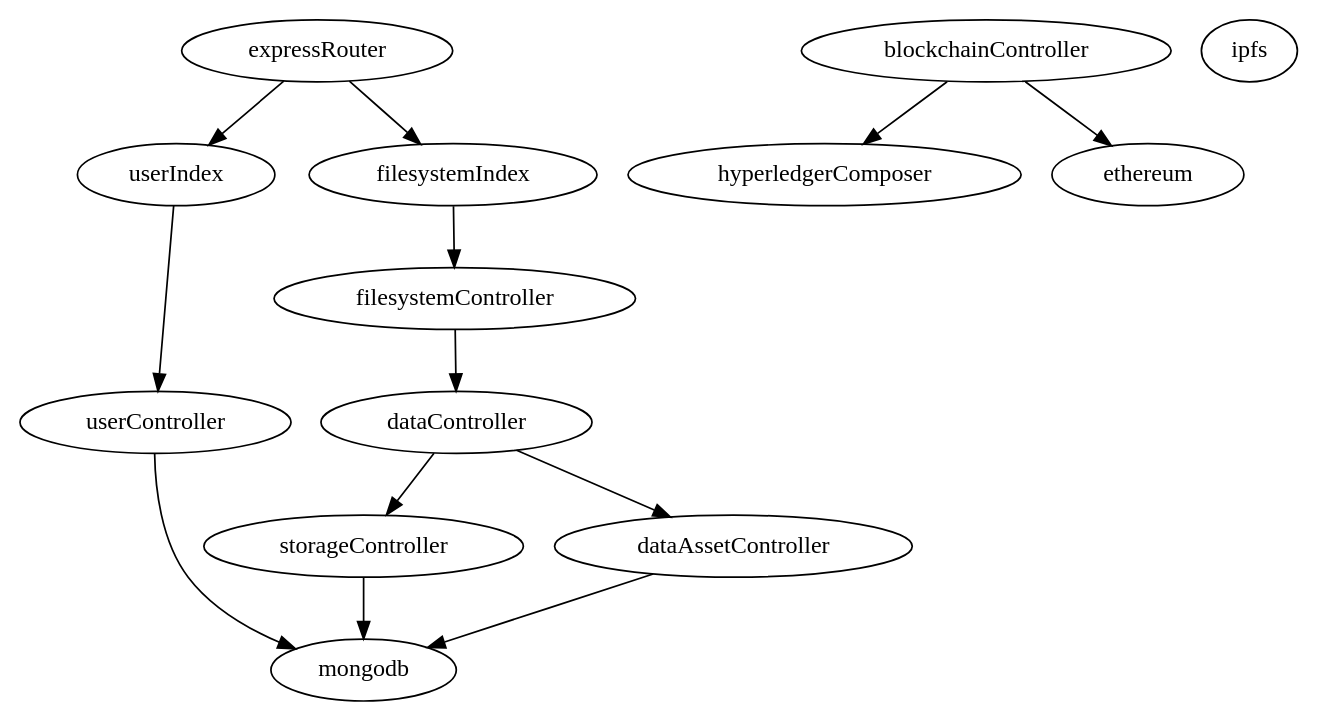
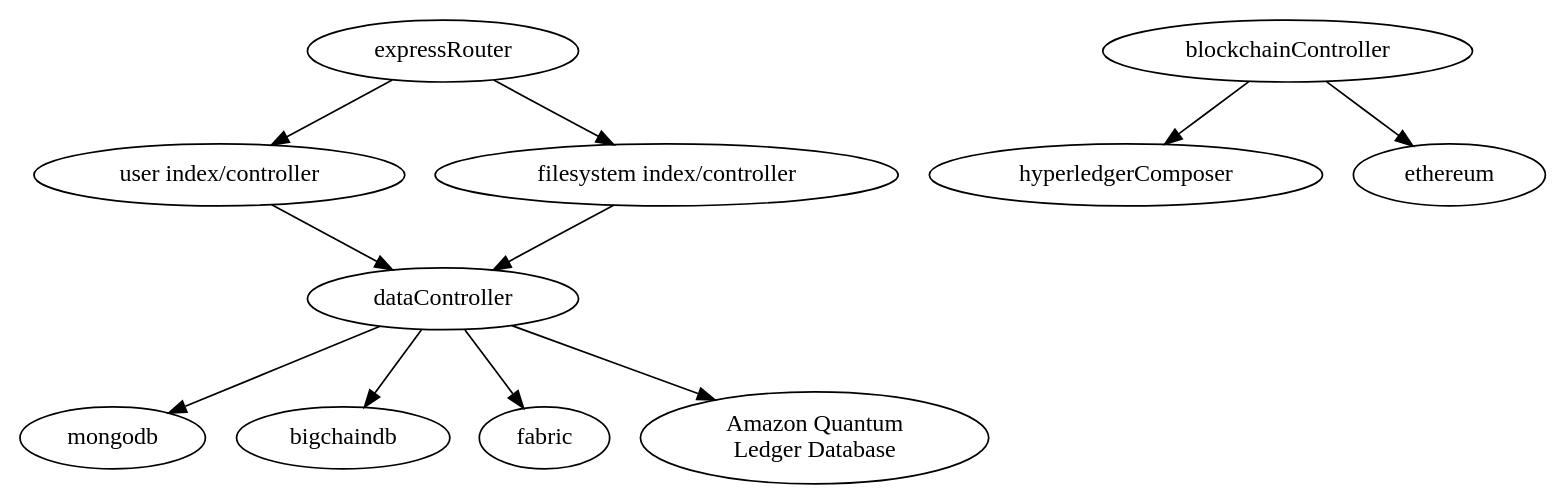
One commit to thailekha/fsbc changed the diagram in server/core-code-structure.dot. Above: the diagram before and after it, drawn with Graphviz. The commit also changed 14 other files, not shown here.

Commit message:
update code structure graph, cleanup

```diff
--- a/server/core-code-structure.dot
+++ b/server/core-code-structure.dot
@@ -1,20 +1,15 @@
 digraph g {
-    expressRouter -> userIndex
-    expressRouter -> filesystemIndex
+    userIndexController[label="user index/controller"]
+    filesystemIndexController[label="filesystem index/controller"]
 
-    filesystemIndex -> filesystemController
-    // filesystemController -> blockchainController
+    expressRouter -> userIndexController -> dataController
+    expressRouter -> filesystemIndexController -> dataController
+
+    dataController -> mongodb
+    dataController -> bigchaindb
+    dataController -> fabric
+    dataController -> "Amazon Quantum\nLedger Database"
+
     blockchainController -> hyperledgerComposer
     blockchainController -> ethereum
-    filesystemController -> dataController
-    dataController -> storageController
-    dataController -> dataAssetController -> mongodb
-    // storageController -> ipfs
-    storageController -> mongodb
-
-    userIndex -> userController
-    // userController -> blockchainController
-    userController -> mongodb
-
-    ipfs
 }
```
